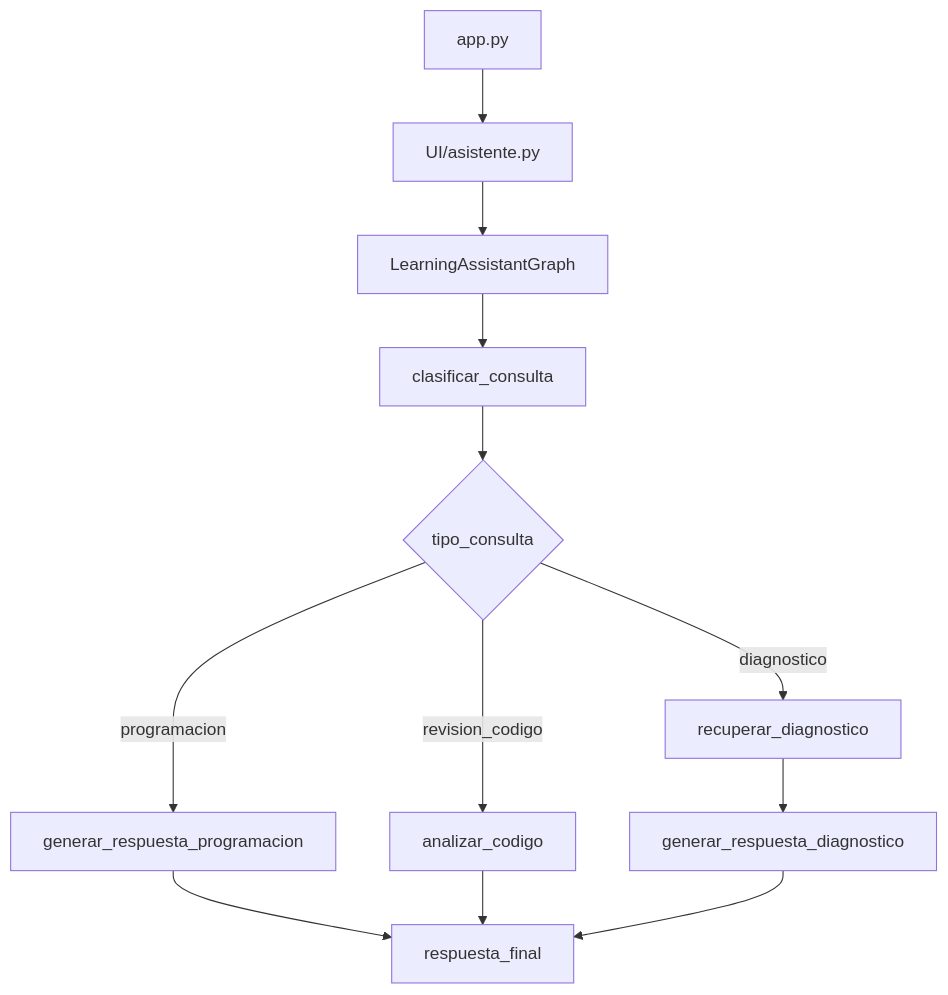
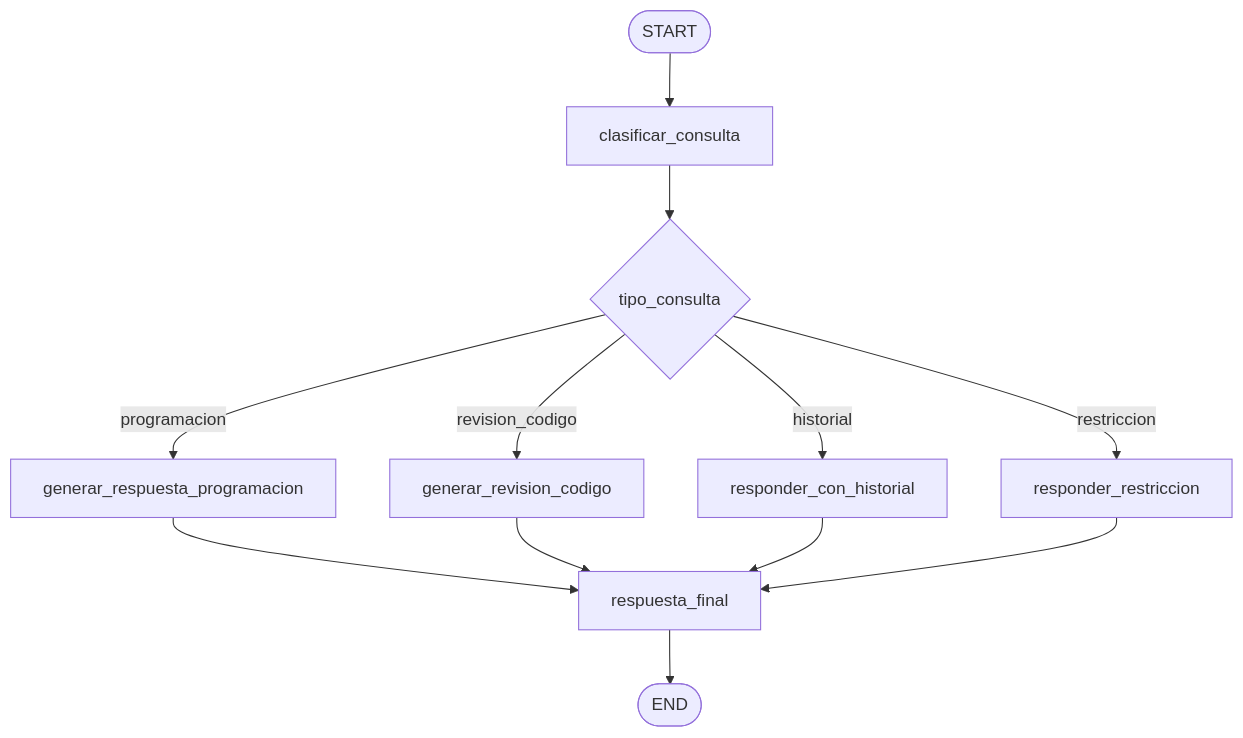
The second of 2 diagrams in Documentacion/ARQUITECTURA_PROYECTO.md (jose6668/IA-Lanchaing), drawn with Mermaid before and after one commit. The commit also changed other lines of this file and 53 other files, not shown here.

````diff
--- a/Documentacion/ARQUITECTURA_PROYECTO.md
+++ b/Documentacion/ARQUITECTURA_PROYECTO.md
@@ -80,14 +73,14 @@
 ```mermaid
 flowchart TD
-    APP[app.py] --> ASIS[UI/asistente.py]
-    ASIS --> GRAPH[LearningAssistantGraph]
-    GRAPH --> CLAS[clasificar_consulta]
+    START([START]) --> CLAS[clasificar_consulta]
     CLAS --> ROUTE{tipo_consulta}
-    ROUTE -->|diagnostico| RAG[recuperar_diagnostico]
     ROUTE -->|programacion| PROG[generar_respuesta_programacion]
-    ROUTE -->|revision_codigo| CODE[analizar_codigo]
-    RAG --> DIAG[generar_respuesta_diagnostico]
+    ROUTE -->|revision_codigo| CODE[generar_revision_codigo]
+    ROUTE -->|historial| HIST[responder_con_historial]
+    ROUTE -->|restriccion| REST[responder_restriccion]
     PROG --> FINAL[respuesta_final]
     CODE --> FINAL
-    DIAG --> FINAL
+    HIST --> FINAL
+    REST --> FINAL
+    FINAL --> END([END])
 ```
````
